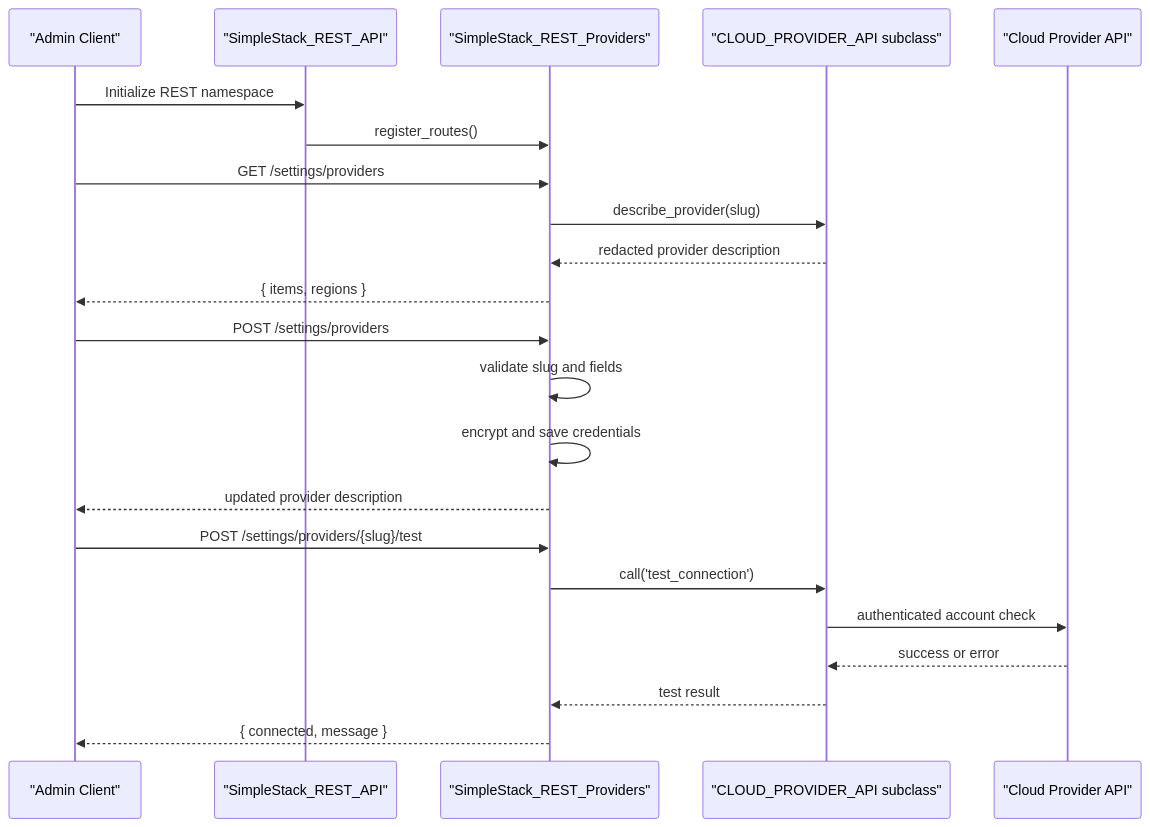
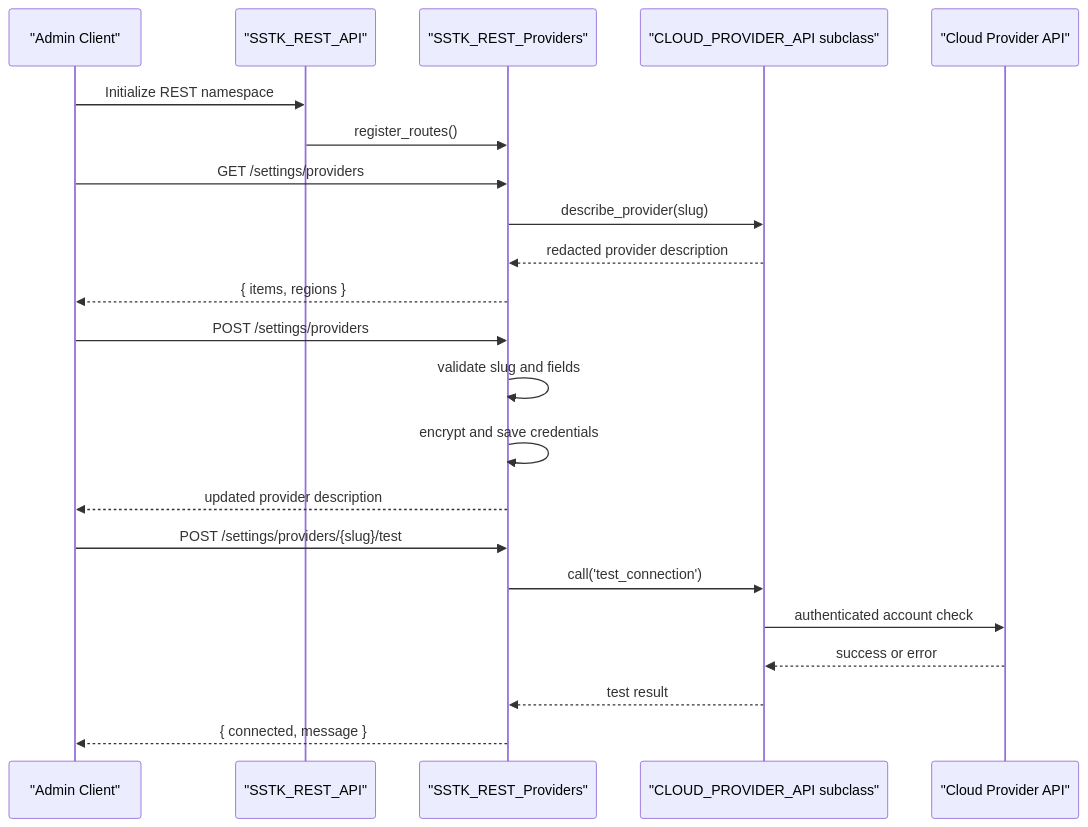
One commit to onedogsolutions/simple-stack changed the second of 4 diagrams in .qoder/repowiki/en/content/REST API Reference/Providers API.md. Above: the diagram before and after it, drawn with Mermaid. The commit also changed other lines of this file and 5941 other files, not shown here.

First line of the commit message:
refactor(core): rebrand WPCloudDeploy to Simple Stack with new namespaces and prefixes

````diff
--- a/.qoder/repowiki/en/content/REST API Reference/Providers API.md
+++ b/.qoder/repowiki/en/content/REST API Reference/Providers API.md
@@ -90,24 +90,24 @@
 ```mermaid
 sequenceDiagram
 participant Client as "Admin Client"
-participant REST as "SimpleStack_REST_API"
-participant Controller as "SimpleStack_REST_Providers"
+participant REST as "SSTK_REST_API"
+participant Controller as "SSTK_REST_Providers"
 participant Provider as "CLOUD_PROVIDER_API subclass"
 participant Cloud as "Cloud Provider API"
 Client->>REST : Initialize REST namespace
 REST->>Controller : register_routes()
 Client->>Controller : GET /settings/providers
 Controller->>Provider : describe_provider(slug)
 Provider-->>Controller : redacted provider description
 Controller-->>Client : { items, regions }
 Client->>Controller : POST /settings/providers
 Controller->>Controller : validate slug and fields
 Controller->>Controller : encrypt and save credentials
 Controller-->>Client : updated provider description
 Client->>Controller : POST /settings/providers/{slug}/test
 Controller->>Provider : call('test_connection')
 Provider->>Cloud : authenticated account check
 Cloud-->>Provider : success or error
 Provider-->>Controller : test result
 Controller-->>Client : { connected, message }
 ```
````
